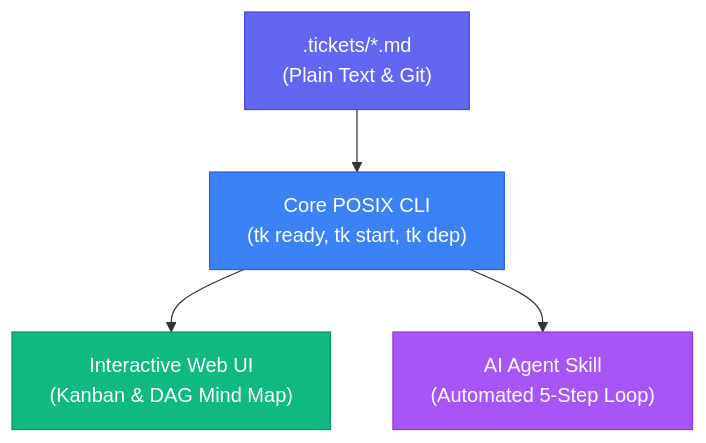
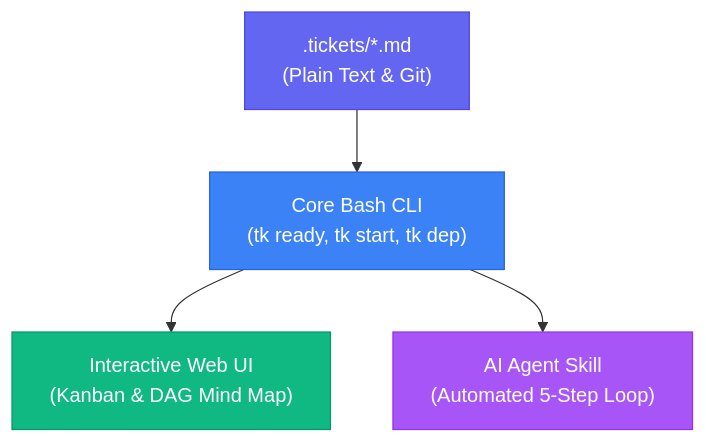
One commit to msampathkumar/ticket changed the diagram in docs/index.md. Above: the diagram before and after it, drawn with Mermaid. The commit also changed other lines of this file and 8 other files, not shown here.

First line of the commit message:
docs(core): update CLI pages and SPEC to match the script (tic-6rzc)

````diff
--- a/docs/index.md
+++ b/docs/index.md
@@ -20,11 +20,11 @@
 ```mermaid
 graph TD
-    A[".tickets/*.md<br/>(Plain Text & Git)"] --> B["Core POSIX CLI<br/>(tk ready, tk start, tk dep)"]
+    A[".tickets/*.md<br/>(Plain Text & Git)"] --> B["Core Bash CLI<br/>(tk ready, tk start, tk dep)"]
     B --> C["Interactive Web UI<br/>(Kanban & DAG Mind Map)"]
     B --> D["AI Agent Skill<br/>(Automated 5-Step Loop)"]
 
     style A fill:#6366f1,stroke:#4f46e5,color:#fff
     style B fill:#3b82f6,stroke:#2563eb,color:#fff
     style C fill:#10b981,stroke:#059669,color:#fff
     style D fill:#a855f7,stroke:#9333ea,color:#fff
 ```
````
